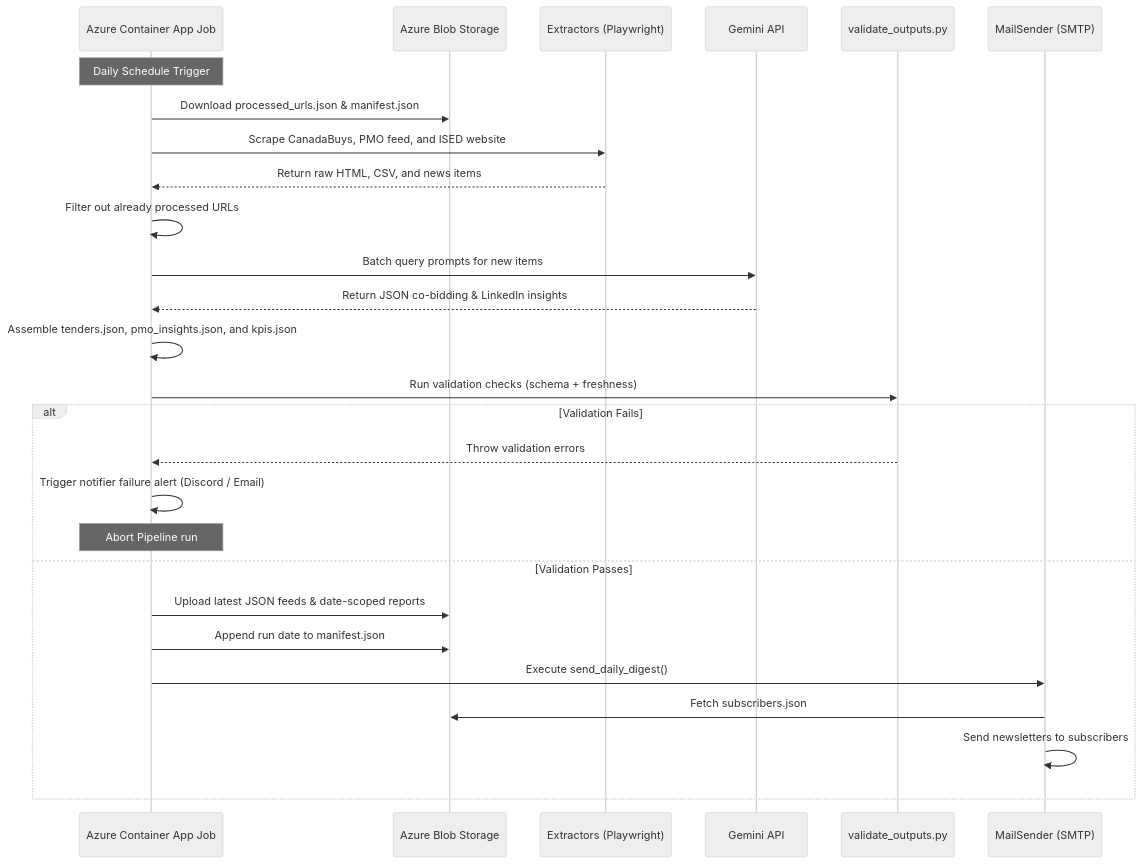
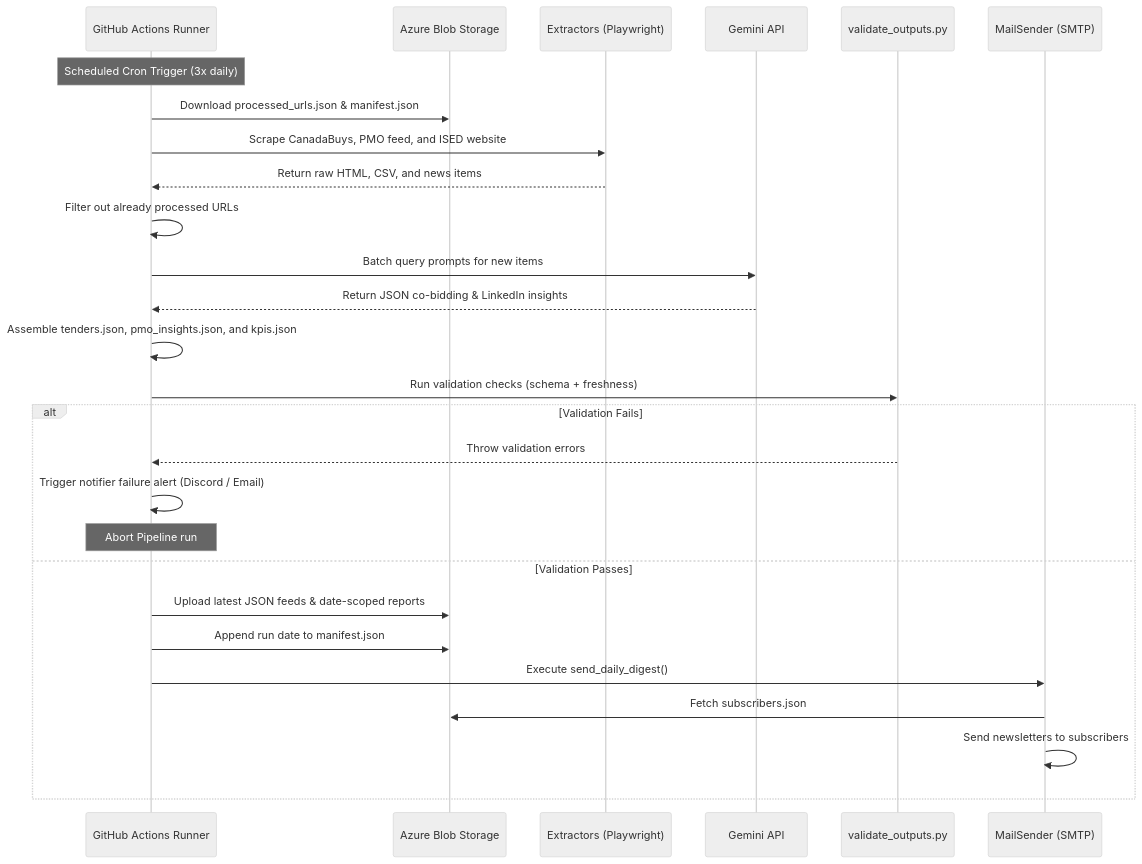
Before and after one commit to 4mayAi/canadian-grant-intelligence: the second of 2 diagrams in docs/architecture_arc42.md, drawn with Mermaid (neutral theme). The commit also changed other lines of this file and 16 other files, not shown here.

Commit message:
revert daily scheduled scraper to GHA cron, suspend container jobs, and push session logs

````diff
--- a/docs/architecture_arc42.md
+++ b/docs/architecture_arc42.md
@@ -120,30 +120,30 @@
 ```mermaid
 sequenceDiagram
-    participant Job as Azure Container App Job
+    participant Job as GitHub Actions Runner
     participant Azure as Azure Blob Storage
     participant Ext as Extractors (Playwright)
     participant LLM as Gemini API
     participant Valid as validate_outputs.py
     participant Mail as MailSender (SMTP)
 
-    Note over Job: Daily Schedule Trigger
+    Note over Job: Scheduled Cron Trigger (3x daily)
     Job->>Azure: Download processed_urls.json & manifest.json
     Job->>Ext: Scrape CanadaBuys, PMO feed, and ISED website
     Ext-->>Job: Return raw HTML, CSV, and news items
     Job->>Job: Filter out already processed URLs
     Job->>LLM: Batch query prompts for new items
     LLM-->>Job: Return JSON co-bidding & LinkedIn insights
     Job->>Job: Assemble tenders.json, pmo_insights.json, and kpis.json
     Job->>Valid: Run validation checks (schema + freshness)
     alt Validation Fails
         Valid-->>Job: Throw validation errors
         Job->>Job: Trigger notifier failure alert (Discord / Email)
         Note over Job: Abort Pipeline run
     else Validation Passes
         Job->>Azure: Upload latest JSON feeds & date-scoped reports
         Job->>Azure: Append run date to manifest.json
         Job->>Mail: Execute send_daily_digest()
         Mail->>Azure: Fetch subscribers.json
         Mail->>Mail: Send newsletters to subscribers
     end
 ```
````
